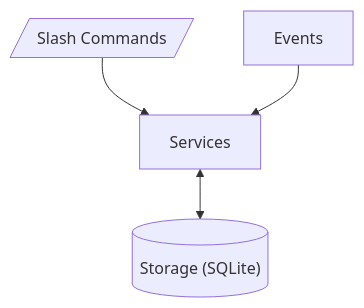
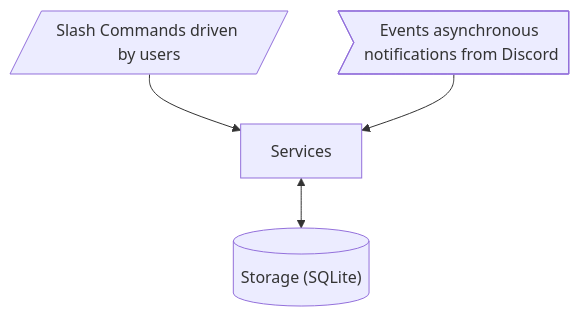
Before and after one commit to rfsjim/discord_pingbot: the first of 2 diagrams in docs/architecture.md, drawn with Mermaid.

Commit message:
Fix: Mermaid Architecture Final

````diff
--- a/docs/architecture.md
+++ b/docs/architecture.md
@@ -5,6 +5,6 @@
 ```mermaid
 graph TD;
-	Commands[/"Slash Commands"/] --> Services;
-	Events --> Services;
+	Commands[/"Slash Commands driven by users"/] --> Services;
+	Events>Events asynchronous notifications from Discord] --> Services;
 	Services <--> DB[("Storage (SQLite)")];
 ```
````
